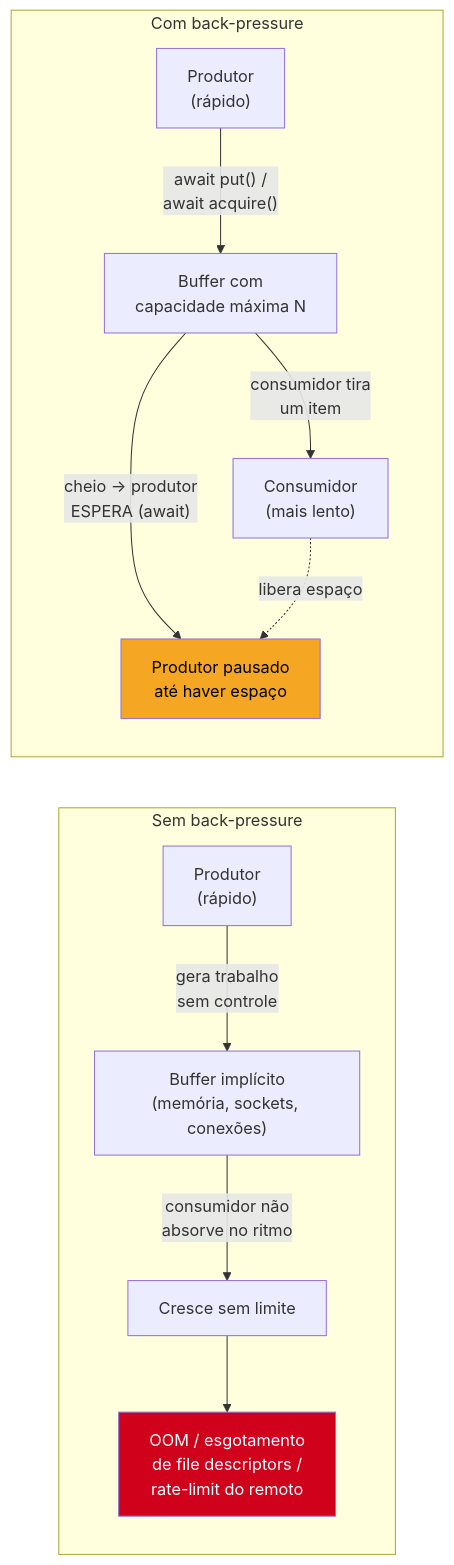
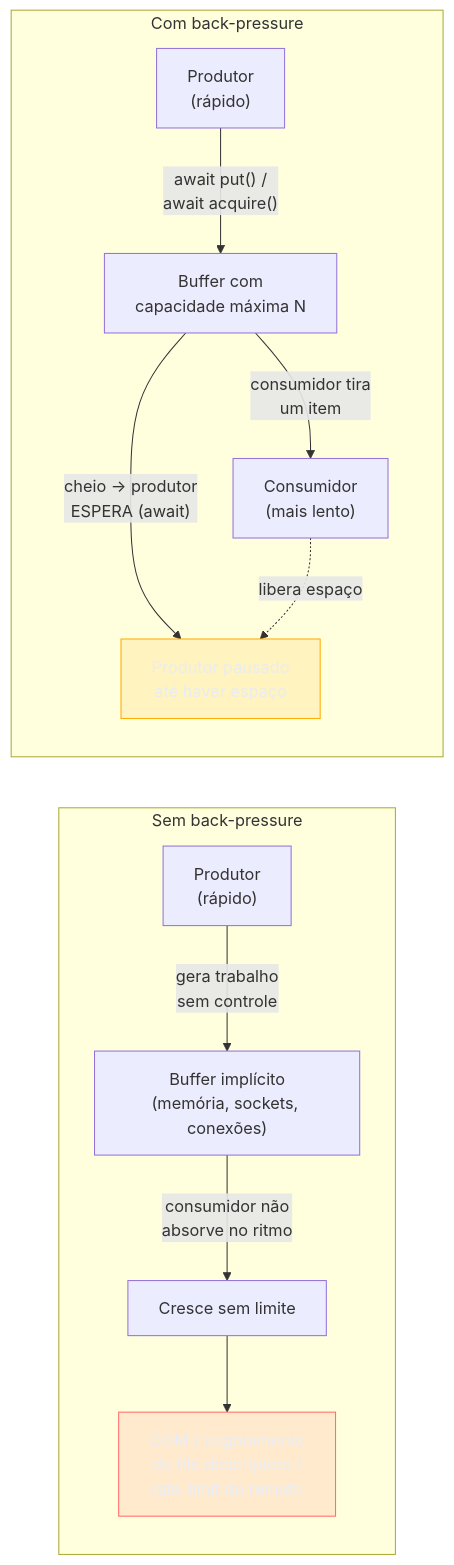
One commit to josenaldo/codex-technomanticus changed the first of 3 diagrams in 03-Dominios/Tecnologia/Python/Programação Reativa e Assíncrona/06 - Back-pressure — Semaphore, Queue com maxsize e buffering.md. Above: the diagram before and after it, drawn with Mermaid. The commit also changed 1181 other files, not shown here.

First line of the commit message:
fix(diagramas): paleta do sistema no lugar de cor cravada no markdown

````diff
--- a/03-Dominios/Tecnologia/Python/Programação Reativa e Assíncrona/06 - Back-pressure — Semaphore, Queue com maxsize e buffering.md
+++ b/03-Dominios/Tecnologia/Python/Programação Reativa e Assíncrona/06 - Back-pressure — Semaphore, Queue com maxsize e buffering.md
@@ -62,18 +62,20 @@
 ```mermaid
 flowchart LR
+    classDef falha fill:#FF6B6B24,stroke:#FF6B6B,color:#E9ECF2
+    classDef destaque fill:#FFAA0024,stroke:#FFAA00,color:#E9ECF2
     subgraph SemLimite["Sem back-pressure"]
         P1["Produtor\n(rápido)"] -->|"gera trabalho\nsem controle"| Buf1["Buffer implícito\n(memória, sockets, conexões)"]
         Buf1 -->|"consumidor não\nabsorve no ritmo"| Cresce["Cresce sem limite"]
         Cresce --> Falha["OOM / esgotamento\nde file descriptors /\nrate-limit do remoto"]
     end
 
     subgraph ComLimite["Com back-pressure"]
         P2["Produtor\n(rápido)"] -->|"await put() /\nawait acquire()"| Buf2["Buffer com\ncapacidade máxima N"]
         Buf2 -->|"cheio → produtor\nESPERA (await)"| Freio["Produtor pausado\naté haver espaço"]
         Buf2 -->|"consumidor tira\num item"| Cons["Consumidor\n(mais lento)"]
         Cons -.->|"libera espaço"| Freio
     end
 
-    style Falha fill:#D0021B,color:#fff
-    style Freio fill:#F5A623,color:#000
+    class Falha falha
+    class Freio destaque
 ```
````
